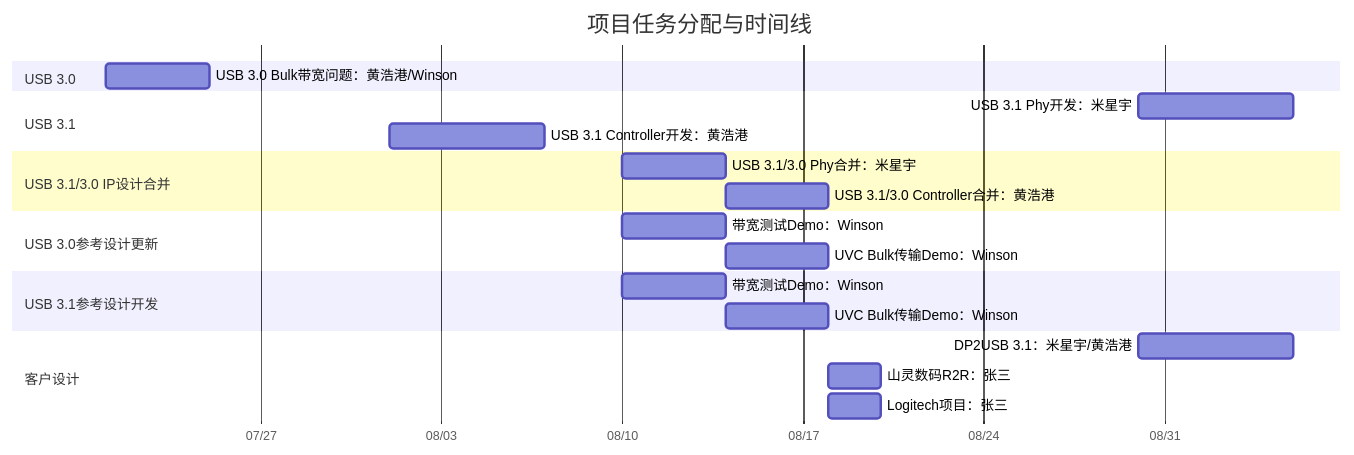
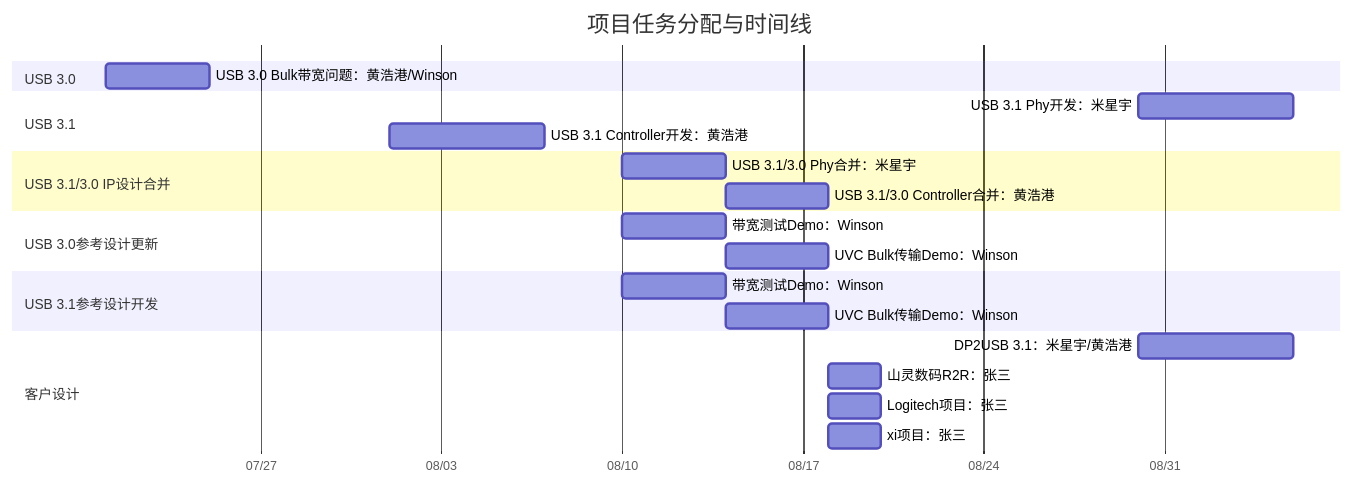
One commit to winsonbook/iodraw-files changed the diagram in all/未命名.md. Above: the diagram before and after it, drawn with Mermaid.

Commit message:
2025-07-21 10:06:19 update

````diff
--- a/all/未命名.md
+++ b/all/未命名.md
@@ -1,34 +1,34 @@
 ```mermaid
 gantt
     title 项目任务分配与时间线
     dateFormat  YYYY-MM-DD
     axisFormat  %m/%d
 
     section USB 3.0
     USB 3.0 Bulk带宽问题：黄浩港/Winson   :    task1, 2025-07-21, 4d
 
     section USB 3.1
     USB 3.1 Phy开发：米星宇      :         task2, 2025-08-30, 6d
     USB 3.1 Controller开发：黄浩港      :  task3, 2025-08-01, 6d
 
     section Meta项目
 
 
     section USB 3.1/3.0 IP设计合并
     USB 3.1/3.0 Phy合并：米星宇       :    task5, 2025-08-10, 4d
     USB 3.1/3.0 Controller合并：黄浩港:    task6, 2025-08-14, 4d
 
     section USB 3.0参考设计更新
     带宽测试Demo：Winson       :         task7, 2025-08-10, 4d
     UVC Bulk传输Demo：Winson   :        task8, 2025-08-14, 4d
 
     section USB 3.1参考设计开发
     带宽测试Demo：Winson       :         task9, 2025-08-10, 4d
     UVC Bulk传输Demo：Winson   :         task19, 2025-08-14, 4d
 
     section 客户设计
     DP2USB 3.1：米星宇/黄浩港      :         task4, 2025-08-30, 6d
     山灵数码R2R：张三 :         task8, 2025-08-18, 2d
     Logitech项目：张三 :         task8, 2025-08-18, 2d
-
+    xi项目：张三 :         task8, 2025-08-18, 2d
 ```
````
